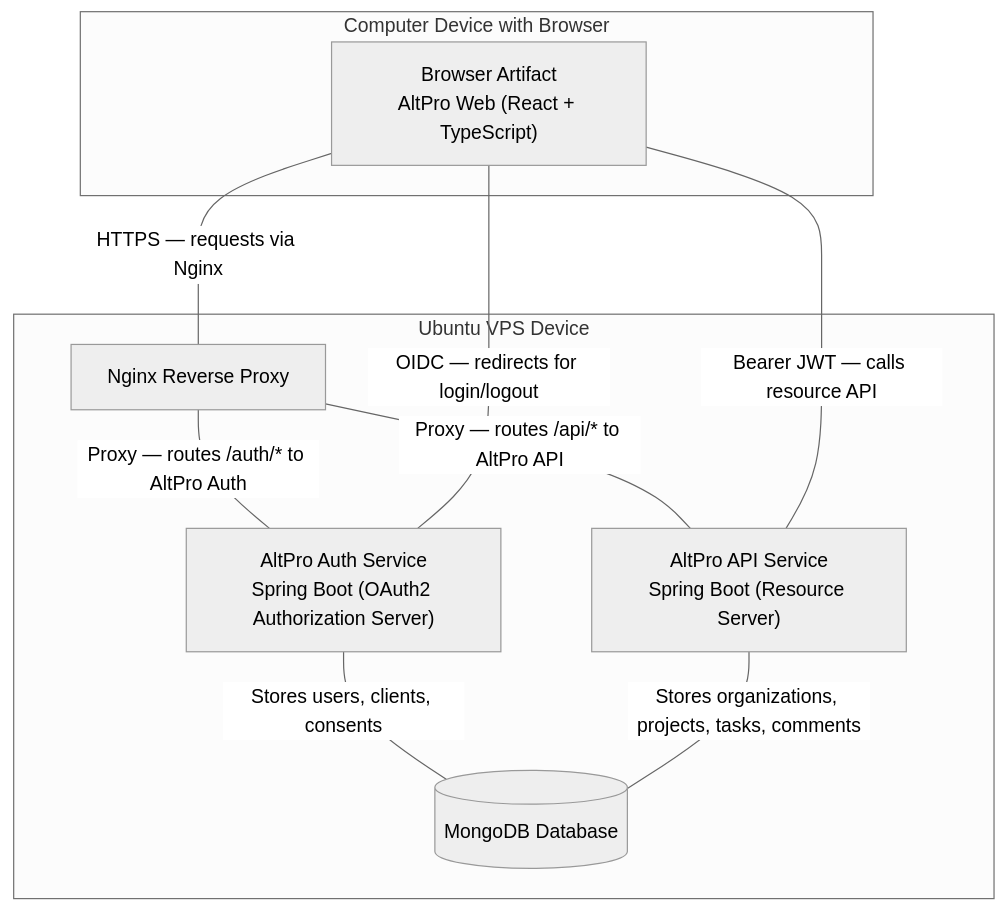
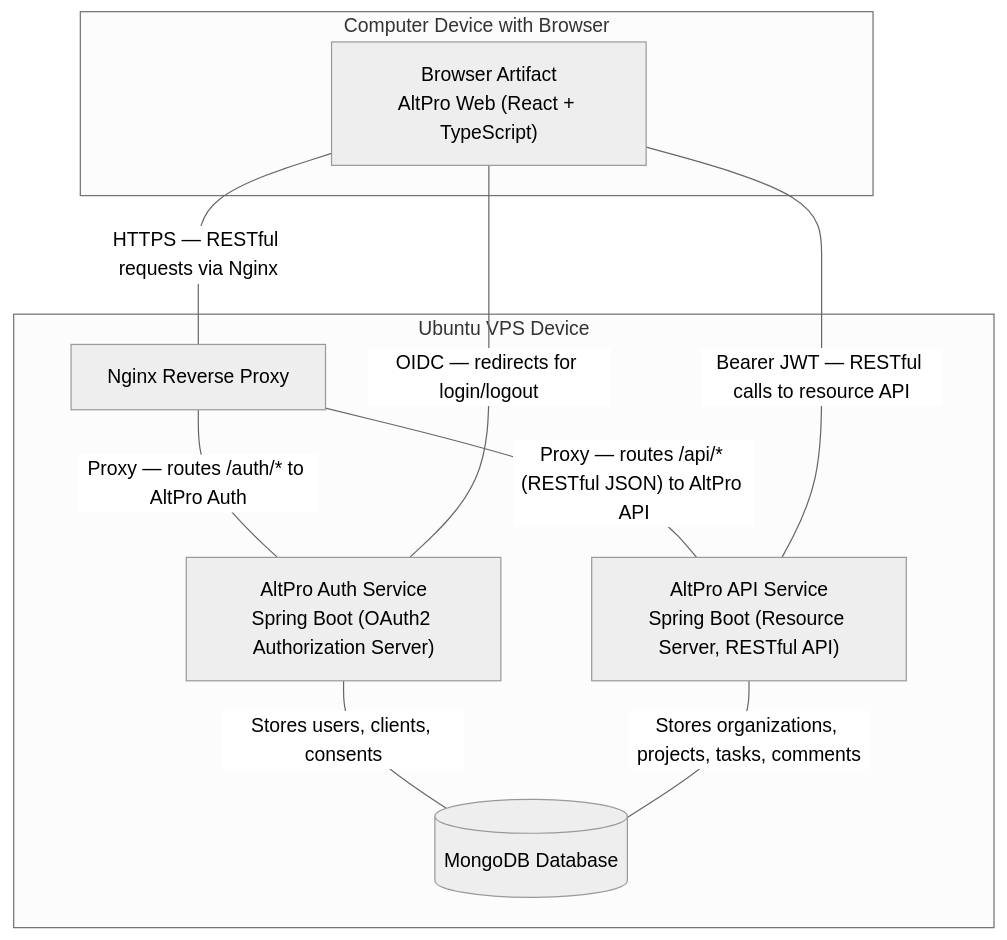
Before and after one commit to TaurasGG/altpro: the diagram in README.md, drawn with Mermaid (neutral theme). The commit also changed other lines of this file, not shown here.

````diff
--- a/README.md
+++ b/README.md
@@ -42,21 +42,21 @@
 ```mermaid
 flowchart TD
     subgraph Client_Device["Computer Device with Browser"]
         Browser["Browser Artifact\nAltPro Web (React + TypeScript)"]
     end
 
     subgraph Ubuntu_VPS["Ubuntu VPS Device"]
         Nginx["Nginx Reverse Proxy"]
         Auth["AltPro Auth Service\nSpring Boot (OAuth2 Authorization Server)"]
-        API["AltPro API Service\nSpring Boot (Resource Server)"]
+        API["AltPro API Service\nSpring Boot (Resource Server, RESTful API)"]
         MongoDB[("MongoDB Database")]
     end
 
-    Browser ---|"HTTPS — requests via Nginx"| Nginx
+    Browser ---|"HTTPS — RESTful requests via Nginx"| Nginx
     Nginx ---|"Proxy — routes /auth/* to AltPro Auth"| Auth
-    Nginx ---|"Proxy — routes /api/* to AltPro API"| API
+    Nginx ---|"Proxy — routes /api/* (RESTful JSON) to AltPro API"| API
     Auth ---|"Stores users, clients, consents"| MongoDB
     API ---|"Stores organizations, projects, tasks, comments"| MongoDB
     Browser ---|"OIDC — redirects for login/logout"| Auth
-    Browser ---|"Bearer JWT — calls resource API"| API
+    Browser ---|"Bearer JWT — RESTful calls to resource API"| API
 ```
````
